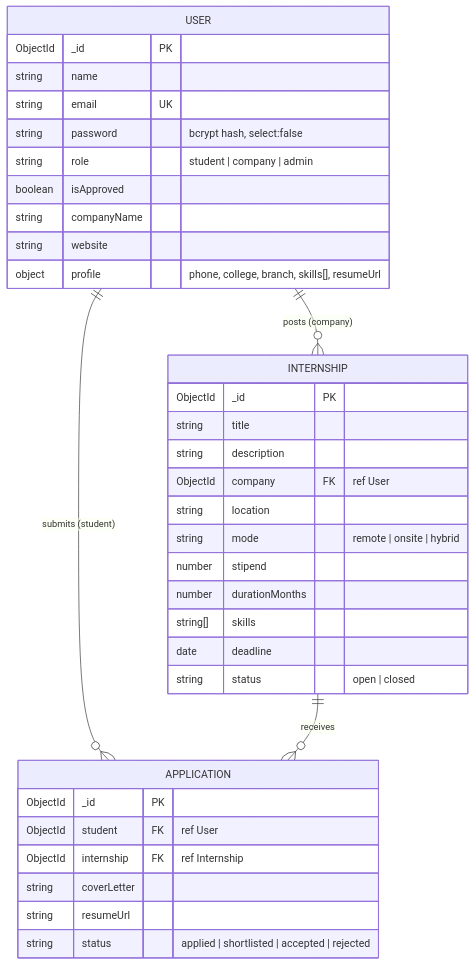
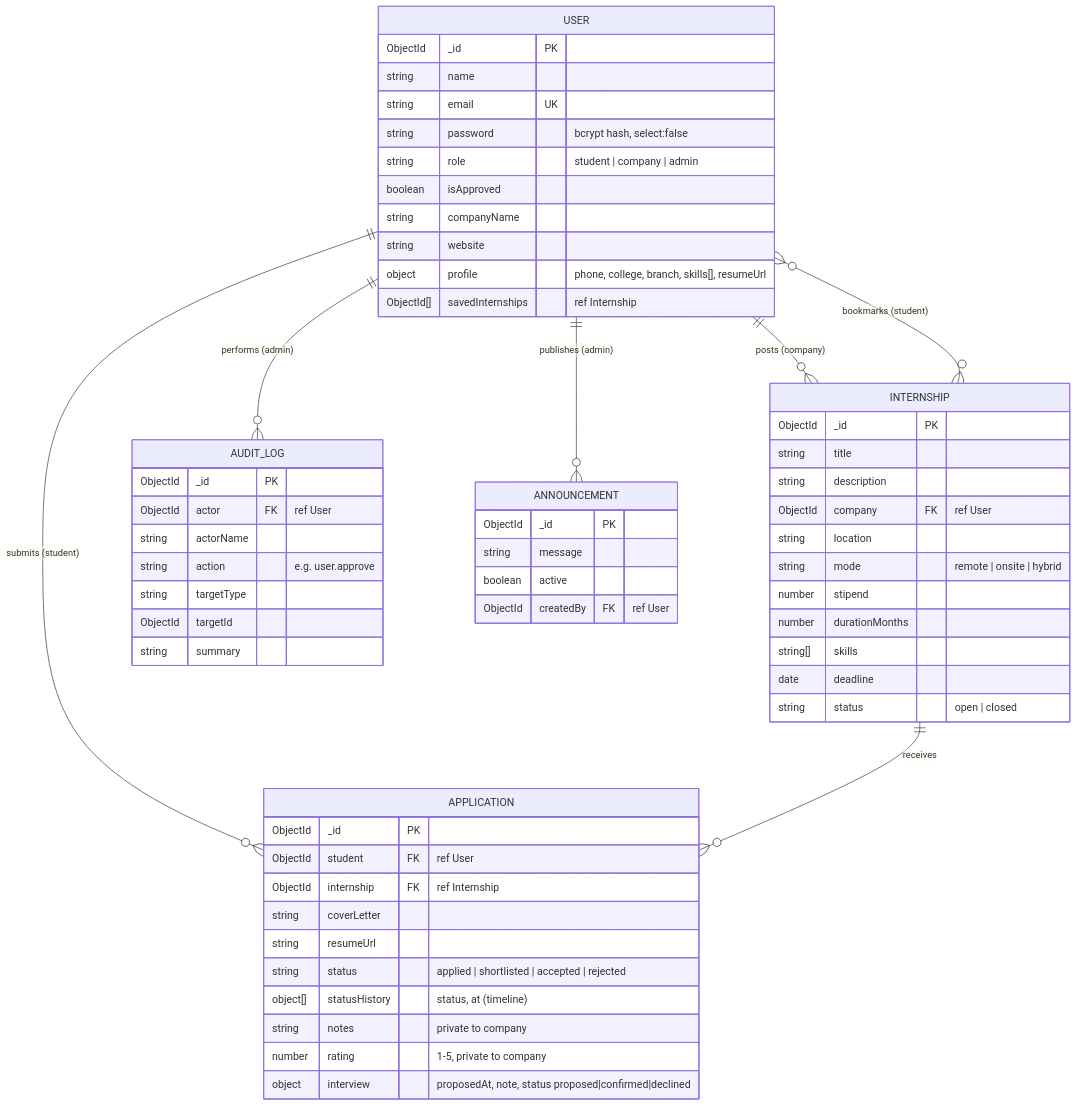
Before and after one commit to haarsxh/internship-management-portal: the diagram in docs/ER-diagram.md, drawn with Mermaid. The commit also changed other lines of this file and 39 other files, not shown here.

First line of the commit message:
Add student, company and admin features

````diff
--- a/docs/ER-diagram.md
+++ b/docs/ER-diagram.md
@@ -3,39 +3,62 @@
 ```mermaid
 erDiagram
     USER ||--o{ INTERNSHIP : "posts (company)"
     USER ||--o{ APPLICATION : "submits (student)"
     INTERNSHIP ||--o{ APPLICATION : "receives"
+    USER }o--o{ INTERNSHIP : "bookmarks (student)"
+    USER ||--o{ AUDIT_LOG : "performs (admin)"
+    USER ||--o{ ANNOUNCEMENT : "publishes (admin)"
 
     USER {
         ObjectId _id PK
         string name
         string email UK
         string password "bcrypt hash, select:false"
         string role "student | company | admin"
         boolean isApproved
         string companyName
         string website
         object profile "phone, college, branch, skills[], resumeUrl"
+        ObjectId[] savedInternships "ref Internship"
     }
     INTERNSHIP {
         ObjectId _id PK
         string title
         string description
         ObjectId company FK "ref User"
         string location
         string mode "remote | onsite | hybrid"
         number stipend
         number durationMonths
         string[] skills
         date deadline
         string status "open | closed"
     }
     APPLICATION {
         ObjectId _id PK
         ObjectId student FK "ref User"
         ObjectId internship FK "ref Internship"
         string coverLetter
         string resumeUrl
         string status "applied | shortlisted | accepted | rejected"
+        object[] statusHistory "status, at (timeline)"
+        string notes "private to company"
+        number rating "1-5, private to company"
+        object interview "proposedAt, note, status proposed|confirmed|declined"
+    }
+    AUDIT_LOG {
+        ObjectId _id PK
+        ObjectId actor FK "ref User"
+        string actorName
+        string action "e.g. user.approve"
+        string targetType
+        ObjectId targetId
+        string summary
+    }
+    ANNOUNCEMENT {
+        ObjectId _id PK
+        string message
+        boolean active
+        ObjectId createdBy FK "ref User"
     }
 ```
````
